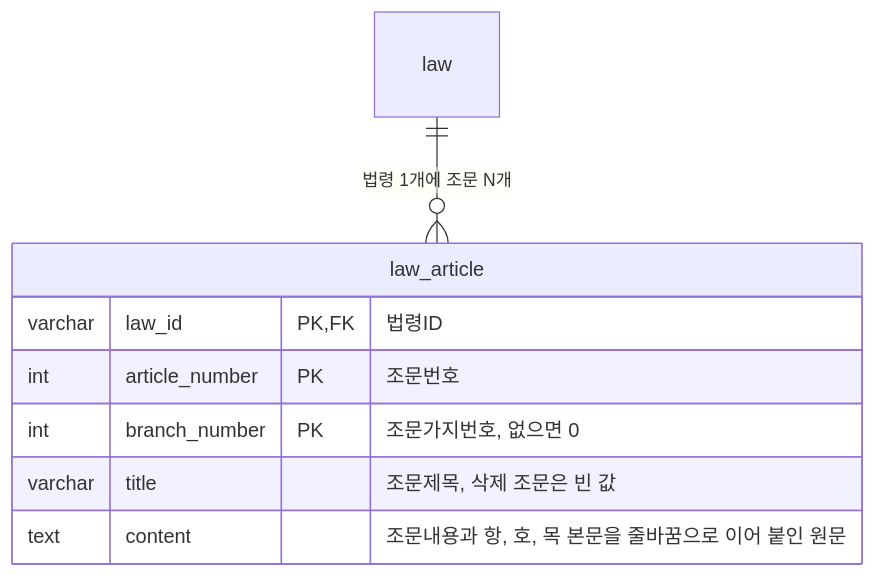
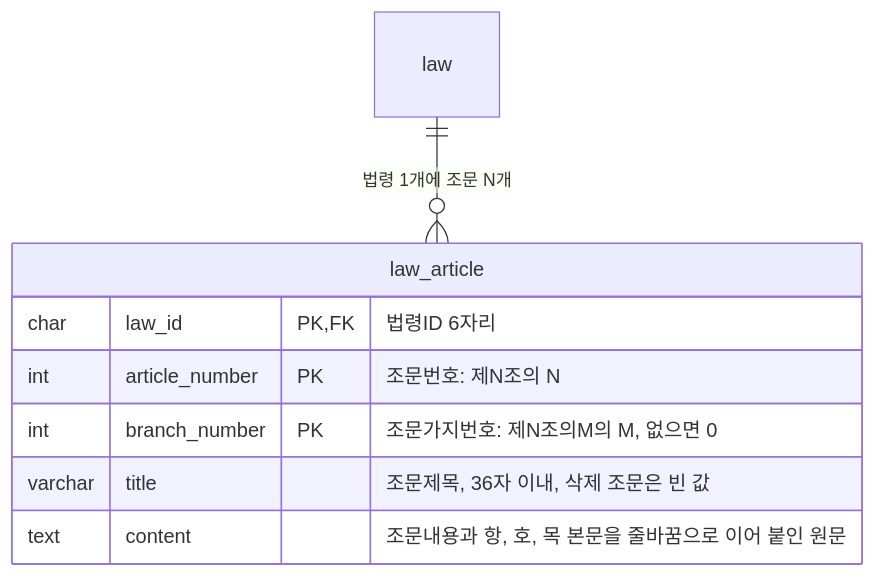
The ninth of 10 diagrams in docs/erd.md (f-lab-edu/jipsee), drawn with Mermaid before and after one commit. The commit also changed other lines of this file, not shown here.

````diff
--- a/docs/erd.md
+++ b/docs/erd.md
@@ -227,11 +228,11 @@
 ```mermaid
 erDiagram
     law ||--o{ law_article : "법령 1개에 조문 N개"
     law_article {
-        varchar law_id PK, FK "법령ID"
-        int article_number PK "조문번호"
-        int branch_number PK "조문가지번호, 없으면 0"
-        varchar title "조문제목, 삭제 조문은 빈 값"
+        char law_id PK, FK "법령ID 6자리"
+        int article_number PK "조문번호: 제N조의 N"
+        int branch_number PK "조문가지번호: 제N조의M의 M, 없으면 0"
+        varchar title "조문제목, 36자 이내, 삭제 조문은 빈 값"
         text content "조문내용과 항, 호, 목 본문을 줄바꿈으로 이어 붙인 원문"
     }
 ```
````
